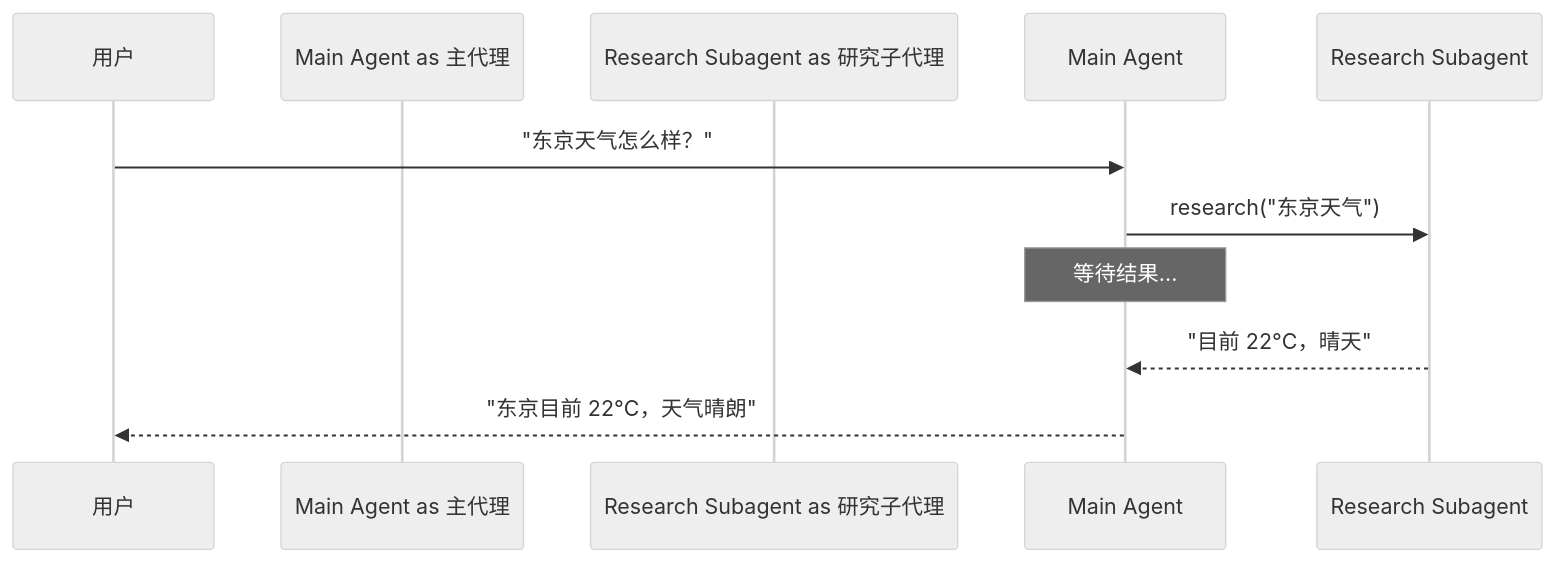
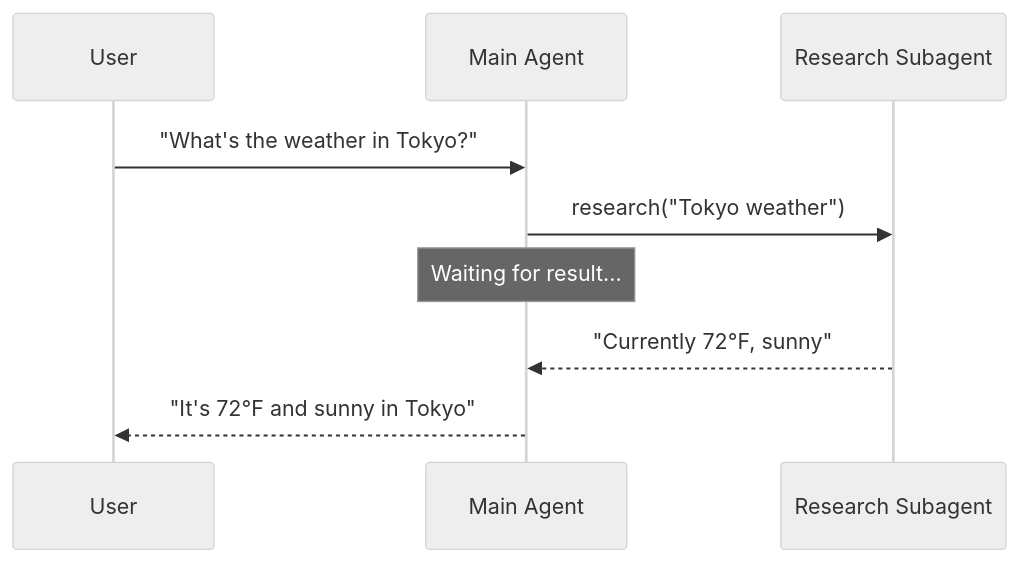
Before and after one commit to kunfan96/cndocs-langchain: the second of 5 diagrams in oss/python/langchain/multi-agent/subagents.mdx, drawn with Mermaid (neutral theme). The commit also changed other lines of this file and 2611 other files, not shown here.

````diff
--- a/oss/python/langchain/multi-agent/subagents.mdx
+++ b/oss/python/langchain/multi-agent/subagents.mdx
@@ -99,12 +105,12 @@
 ```mermaid
 sequenceDiagram
-    participant User as 用户
-    participant Main Agent as 主代理
-    participant Research Subagent as 研究子代理
+    participant User
+    participant Main Agent
+    participant Research Subagent
 
-    User->>Main Agent: "东京天气怎么样？"
-    Main Agent->>Research Subagent: research("东京天气")
-    Note over Main Agent: 等待结果...
-    Research Subagent-->>Main Agent: "目前 22°C，晴天"
-    Main Agent-->>User: "东京目前 22°C，天气晴朗"
+    User->>Main Agent: "What's the weather in Tokyo?"
+    Main Agent->>Research Subagent: research("Tokyo weather")
+    Note over Main Agent: Waiting for result...
+    Research Subagent-->>Main Agent: "Currently 72°F, sunny"
+    Main Agent-->>User: "It's 72°F and sunny in Tokyo"
 ```
````
